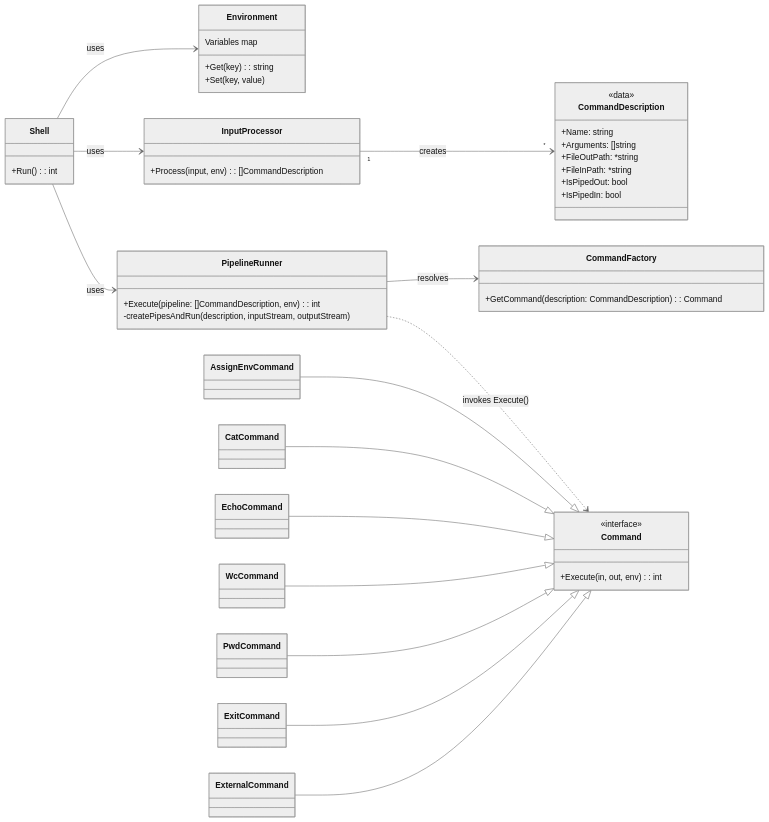
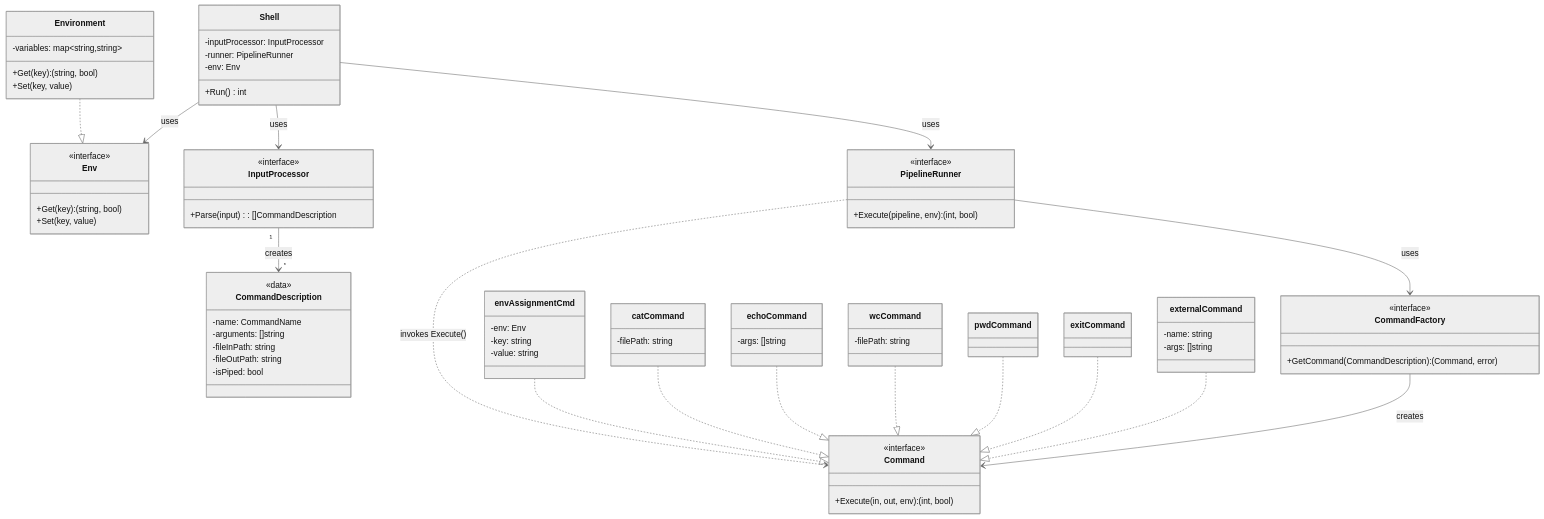
The diagram in README.md (art22m/MHS-Software-Design-F25), drawn with Mermaid (neutral theme) before and after one commit. The commit also changed other lines of this file, not shown here.

````diff
--- a/README.md
+++ b/README.md
@@ -53,67 +72,95 @@
 ```mermaid
 classDiagram
-    direction LR
+    direction TB
 
     class Shell {
-        +Run(): int
+        -inputProcessor: InputProcessor
+        -runner: PipelineRunner
+        -env: Env
+        +Run() int
     }
-    class Environment {
-        Variables map<string, string>
-        +Get(key): string
+
+    class Env {
+        <<interface>>
+        +Get(key): (string, bool)
         +Set(key, value)
     }
 
-    Shell --> Environment : uses
+    class Environment {
+        -variables: map~string,string~
+        +Get(key): (string, bool)
+        +Set(key, value)
+    }
+
+    Environment ..|> Env
+
+    Shell --> Env : uses
+    Shell --> InputProcessor : uses
+    Shell --> PipelineRunner : uses
 
     class CommandDescription {
         <<data>>
-        +Name: string
-        +Arguments: []string
-        +FileOutPath: *string
-        +FileInPath: *string
-        +IsPipedOut: bool
-        +IsPipedIn: bool
+        -name: CommandName
+        -arguments: []string
+        -fileInPath: string
+        -fileOutPath: string
+        -isPiped: bool
     }
 
     class InputProcessor {
-        +Process(input, env): []CommandDescription
+        <<interface>>
+        +Parse(input): []CommandDescription
     }
 
-    Shell --> InputProcessor : uses
     InputProcessor "1" --> "*" CommandDescription : creates
 
     class PipelineRunner {
-        +Execute(pipeline: []CommandDescription, env): int
-        -createPipesAndRun(description, inputStream, outputStream)
-    }
-    
-    class CommandFactory {
-        +GetCommand(description: CommandDescription): Command
+        <<interface>>
+        +Execute(pipeline, env): (int, bool)
     }
 
-    Shell --> PipelineRunner : uses
-    PipelineRunner --> CommandFactory : resolves
+    class CommandFactory {
+        <<interface>>
+        +GetCommand(CommandDescription): (Command, error)
+    }
+
+    PipelineRunner --> CommandFactory : uses
     PipelineRunner ..> Command : invokes Execute()
 
     class Command {
         <<interface>>
-        +Execute(in, out, env): int
+        +Execute(in, out, env): (int, bool)
     }
 
-    class AssignEnvCommand
-    class CatCommand
-    class EchoCommand
-    class WcCommand
-    class PwdCommand
-    class ExitCommand
-    class ExternalCommand
-    
-    AssignEnvCommand --|> Command
-    CatCommand --|> Command
-    EchoCommand --|> Command
-    WcCommand --|> Command
-    PwdCommand --|> Command
-    ExitCommand --|> Command
-    ExternalCommand --|> Command
+    class envAssignmentCmd {
+        -env: Env
+        -key: string
+        -value: string
+    }
+    class catCommand {
+        -filePath: string
+    }
+    class echoCommand {
+        -args: []string
+    }
+    class wcCommand {
+        -filePath: string
+    }
+    class pwdCommand
+    class exitCommand
+    class externalCommand {
+        -name: string
+        -args: []string
+    }
+
+    envAssignmentCmd ..|> Command
+    catCommand ..|> Command
+    echoCommand ..|> Command
+    wcCommand ..|> Command
+    pwdCommand ..|> Command
+    exitCommand ..|> Command
+    externalCommand ..|> Command
+
+    CommandFactory --> Command : creates
 
 ```
````
